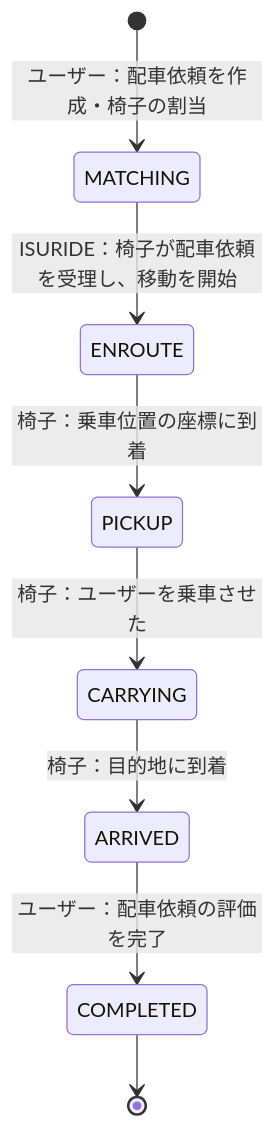
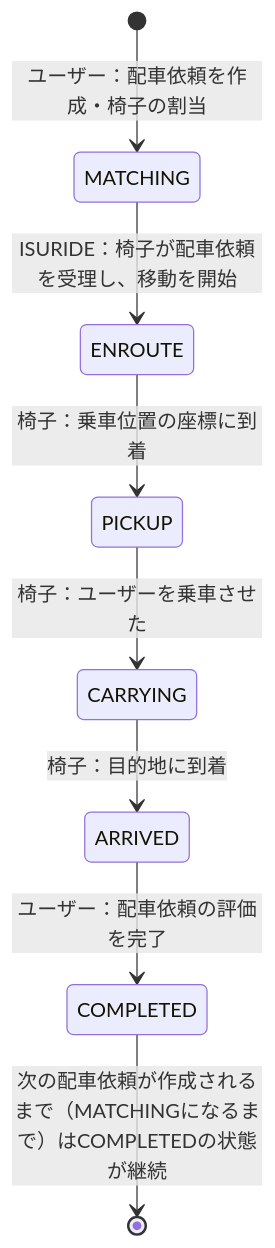
Before and after one commit to yuta-otsubo/isucon-sutra: the diagram in docs/ISURIDE.md, drawn with Mermaid.

Commit message:
[マニュアル]COMLETED後に関する記載の追加

````diff
--- a/docs/ISURIDE.md
+++ b/docs/ISURIDE.md
@@ -66,10 +66,10 @@
 ```mermaid
 stateDiagram-v2
   [*] --> MATCHING: ユーザー：配車依頼を作成・椅子の割当
   MATCHING --> ENROUTE: ISURIDE：椅子が配車依頼を受理し、移動を開始
   ENROUTE --> PICKUP: 椅子：乗車位置の座標に到着
   PICKUP --> CARRYING: 椅子：ユーザーを乗車させた
   CARRYING --> ARRIVED: 椅子：目的地に到着
   ARRIVED --> COMPLETED: ユーザー：配車依頼の評価を完了
-  COMPLETED --> [*]
+  COMPLETED --> [*]: 次の配車依頼が作成されるまで（MATCHINGになるまで）はCOMPLETEDの状態が継続
 ```
````
